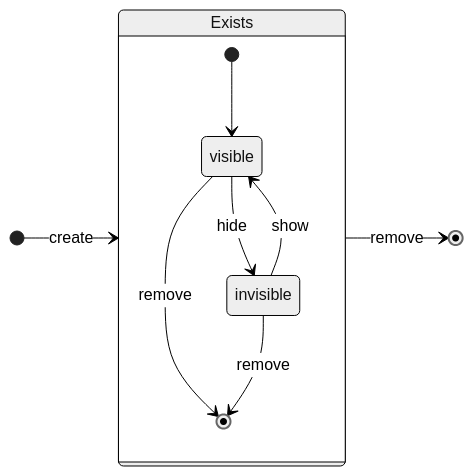
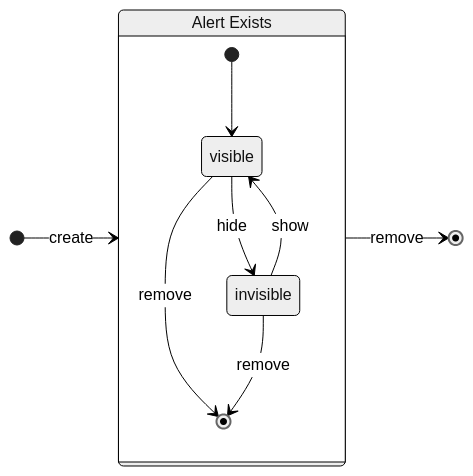
One commit to Tauvic/robotframework-eventlogger changed the diagram in README.md. Above: the diagram before and after it, drawn with Mermaid (neutral theme). The commit also changed other lines of this file and 4 other files, not shown here.

````diff
--- a/README.md
+++ b/README.md
@@ -221,14 +221,14 @@
 ```mermaid
 stateDiagram-v2
     direction LR
-    [*] --> Exists : create
-    state Exists {
+    [*] --> Alert&nbsp;Exists : create
+    state Alert&nbsp;Exists {
         [*] --> visible
         visible --> invisible : hide
         invisible --> visible : show
         visible --> [*] : remove
         invisible --> [*] : remove
     }
 
-    Exists --> [*] : remove
+    Alert&nbsp;Exists --> [*] : remove
 ```
````
